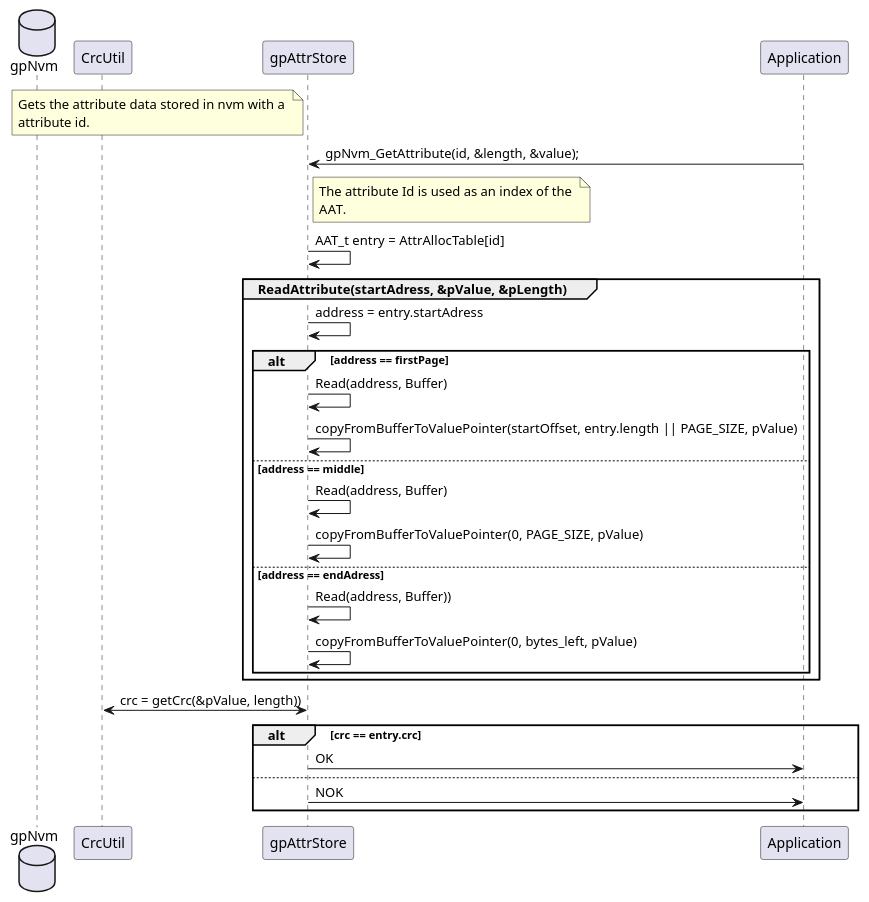
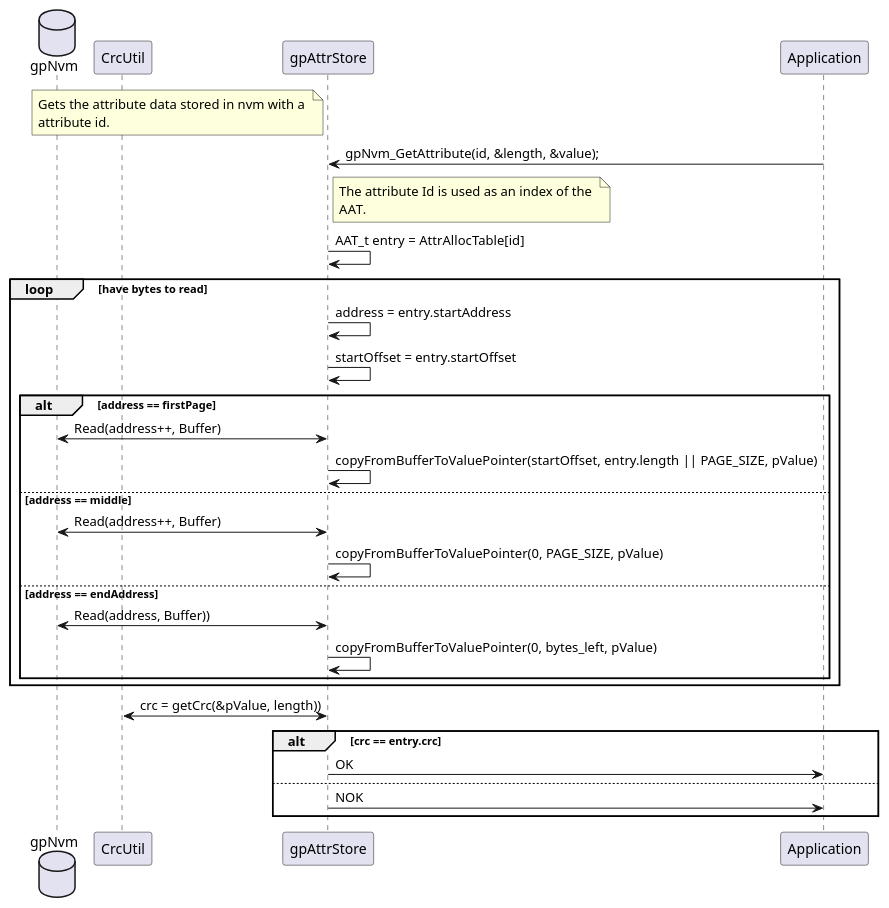
The fifth of 6 diagrams in doc/design.md (kevinwong1983/AttributeAllocationTable), drawn with PlantUML before and after one commit. The commit also changed other lines of this file and 12 other files, not shown here.

```diff
--- a/doc/design.md
+++ b/doc/design.md
@@ -200,37 +200,38 @@
 @startuml gpNvm_GetAttribute
 note left of gpAttrStore
 	Gets the attribute data stored in nvm with a 
 	attribute id.
 end note
 
 database gpNvm
 participant CrcUtil
 participant gpAttrStore
 participant Application
 
 Application -> gpAttrStore : gpNvm_GetAttribute(id, &length, &value);
  	note right of gpAttrStore
 		The attribute Id is used as an index of the 
 		AAT.  
 	end note
 	gpAttrStore -> gpAttrStore : AAT_t entry = AttrAllocTable[id]
-	group ReadAttribute(startAdress, &pValue, &pLength)
-		gpAttrStore -> gpAttrStore: address = entry.startAdress
+	loop have bytes to read
+		gpAttrStore -> gpAttrStore: address = entry.startAddress
+		gpAttrStore -> gpAttrStore: startOffset = entry.startOffset
 		alt address == firstPage
-			gpAttrStore -> gpAttrStore: Read(address, Buffer)
+			gpAttrStore <-> gpNvm: Read(address++, Buffer)
 			gpAttrStore -> gpAttrStore: copyFromBufferToValuePointer(startOffset, entry.length || PAGE_SIZE, pValue)
 		else address == middle
-			gpAttrStore -> gpAttrStore:  Read(address, Buffer)
+			gpAttrStore <-> gpNvm:  Read(address++, Buffer)
 			gpAttrStore -> gpAttrStore: copyFromBufferToValuePointer(0, PAGE_SIZE, pValue)
-		else address == endAdress
-			gpAttrStore -> gpAttrStore: Read(address, Buffer))
+		else address == endAddress
+			gpAttrStore <-> gpNvm: Read(address, Buffer))
 			gpAttrStore -> gpAttrStore: copyFromBufferToValuePointer(0, bytes_left, pValue)
 		end
 	end
 	gpAttrStore <-> CrcUtil: crc = getCrc(&pValue, length))
 	alt crc == entry.crc
 		gpAttrStore -> Application: OK
 	else 
 		gpAttrStore -> Application: NOK
 	end
 @enduml
```
